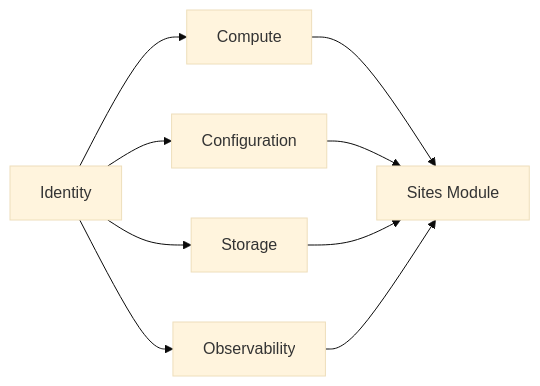
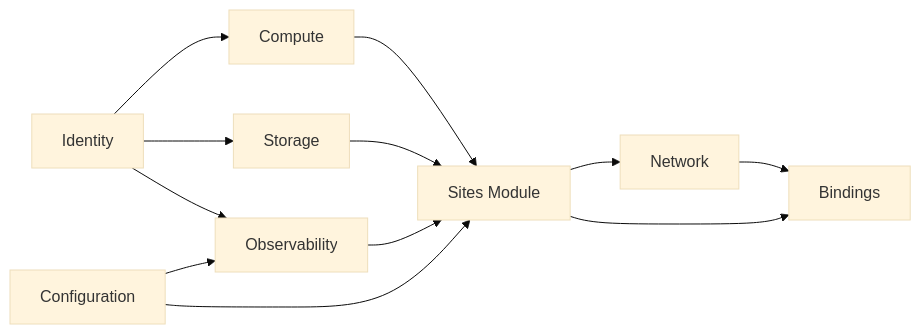
Before and after one commit to arolariu/arolariu.ro: the second of 2 diagrams in infra/Azure/Bicep/sites/README.md, drawn with Mermaid (base theme). The commit also changed other lines of this file and 2 other files, not shown here.

First line of the commit message:
docs(bicep): sync the hosting guides with compute, sites and bindings

````diff
--- a/infra/Azure/Bicep/sites/README.md
+++ b/infra/Azure/Bicep/sites/README.md
@@ -339,12 +420,16 @@
 ```mermaid
 graph LR
     A[Identity] --> B[Compute]
-    A --> C[Configuration]
     A --> D[Storage]
     A --> E[Observability]
+    C[Configuration] --> E
 
     B --> F[Sites Module]
     C --> F
     D --> F
     E --> F
+
+    F --> G[Network]
+    F --> H[Bindings]
+    G --> H
 ```
````
